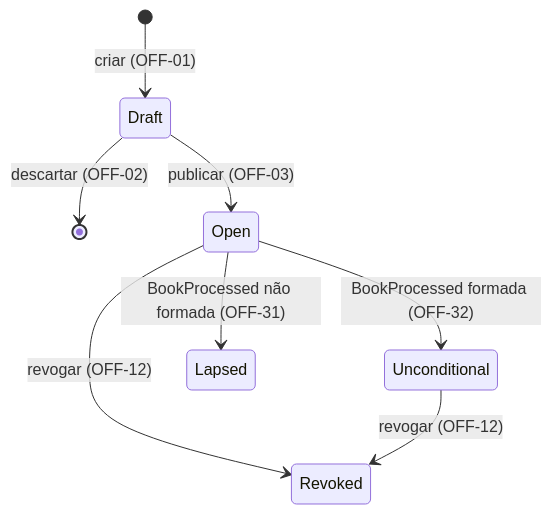
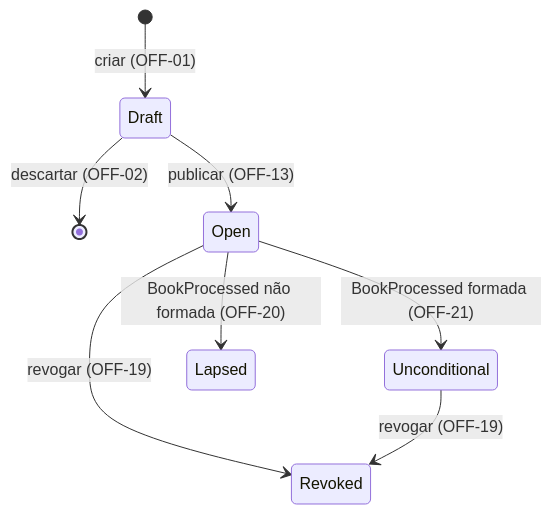
Before and after one commit to guilhermesalvi/fund-distribution-platform: the first of 3 diagrams in docs/specs/offer-lifecycle/spec.md, drawn with Mermaid. The commit also changed other lines of this file and 2 other files, not shown here.

````diff
--- a/docs/specs/offer-lifecycle/spec.md
+++ b/docs/specs/offer-lifecycle/spec.md
@@ -76,10 +76,10 @@
 ```mermaid
 stateDiagram-v2
     [*] --> Draft: criar (OFF-01)
     Draft --> [*]: descartar (OFF-02)
-    Draft --> Open: publicar (OFF-03)
-    Open --> Unconditional: BookProcessed formada (OFF-32)
-    Open --> Lapsed: BookProcessed não formada (OFF-31)
-    Open --> Revoked: revogar (OFF-12)
-    Unconditional --> Revoked: revogar (OFF-12)
+    Draft --> Open: publicar (OFF-13)
+    Open --> Unconditional: BookProcessed formada (OFF-21)
+    Open --> Lapsed: BookProcessed não formada (OFF-20)
+    Open --> Revoked: revogar (OFF-19)
+    Unconditional --> Revoked: revogar (OFF-19)
 ```
````
